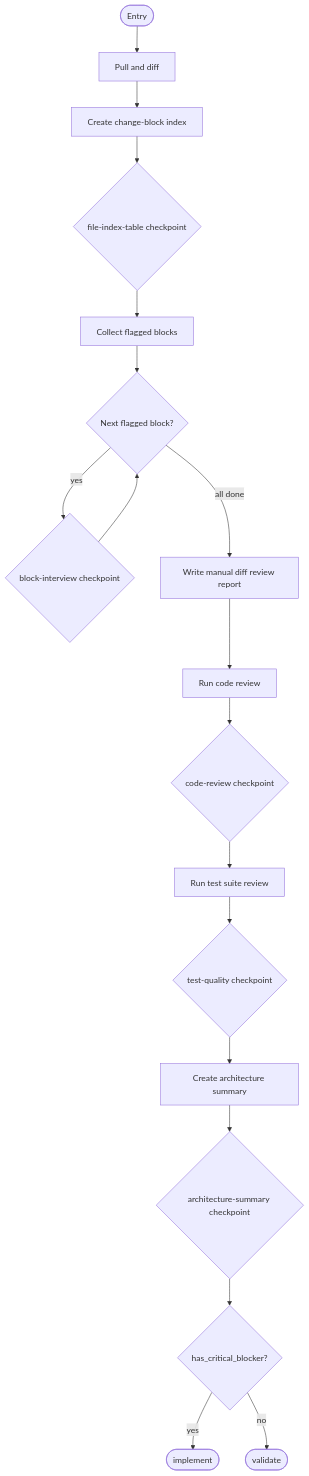
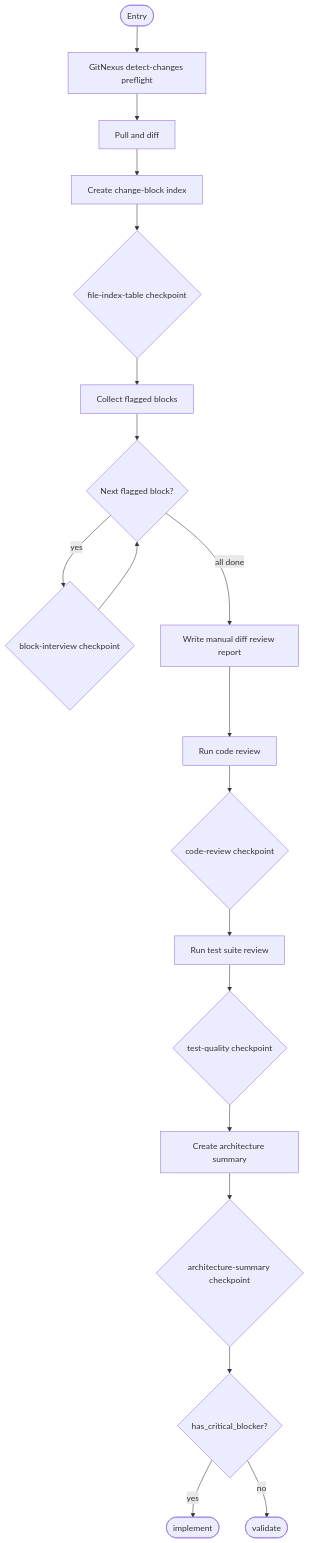
Before and after one commit to m2ux/workflow-server: the tenth of 14 diagrams in work-package/activities/README.md, drawn with Mermaid. The commit also changed other lines of this file and 6 other files, not shown here.

````diff
--- a/work-package/activities/README.md
+++ b/work-package/activities/README.md
@@ -642,22 +643,23 @@
 ```mermaid
 graph TD
-    entryNode(["Entry"]) --> pullDiff["Pull and diff"]
+    entryNode(["Entry"]) --> preflight["GitNexus detect-changes preflight"]
+    preflight --> pullDiff["Pull and diff"]
     pullDiff --> createIndex["Create change-block index"]
     createIndex --> cpFileIndex{"file-index-table checkpoint"}
     cpFileIndex --> collectFlagged["Collect flagged blocks"]
     collectFlagged --> interviewLoop{"Next flagged block?"}
     interviewLoop -->|"yes"| cpInterview{"block-interview checkpoint"}
     cpInterview --> interviewLoop
     interviewLoop -->|"all done"| writeReport["Write manual diff review report"]
 
     writeReport --> codeReview["Run code review"]
     codeReview --> cpCodeReview{"code-review checkpoint"}
     cpCodeReview --> testReview["Run test suite review"]
     testReview --> cpTestQuality{"test-quality checkpoint"}
     cpTestQuality --> archSummary["Create architecture summary"]
     archSummary --> cpArch{"architecture-summary checkpoint"}
 
     cpArch --> blockerGate{"has_critical_blocker?"}
     blockerGate -->|"yes"| exitImplement(["implement"])
     blockerGate -->|"no"| exitValidate(["validate"])
 ```
````
